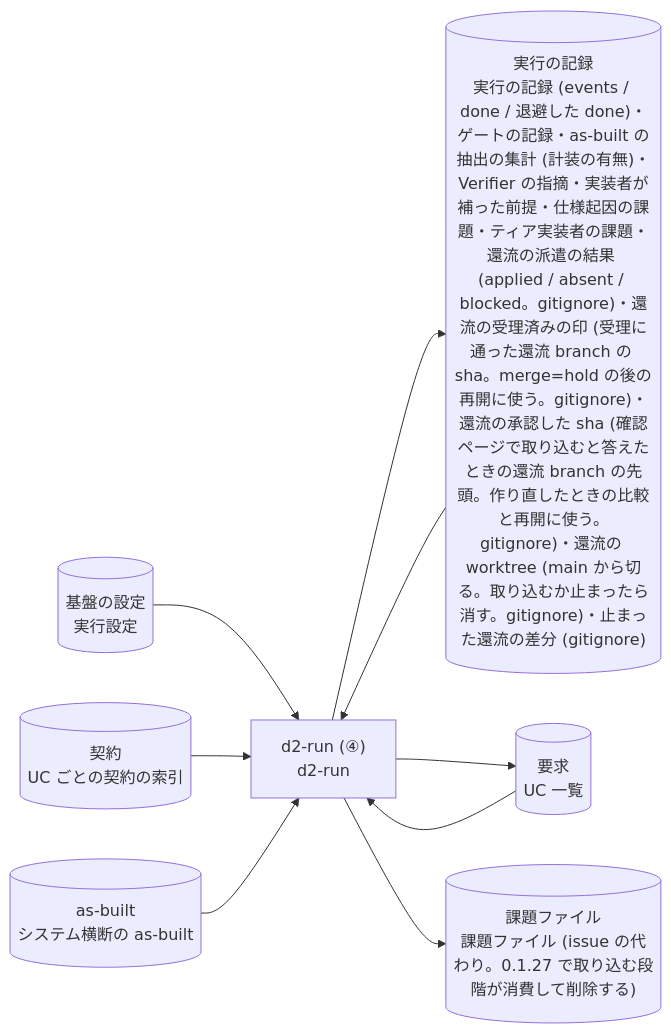
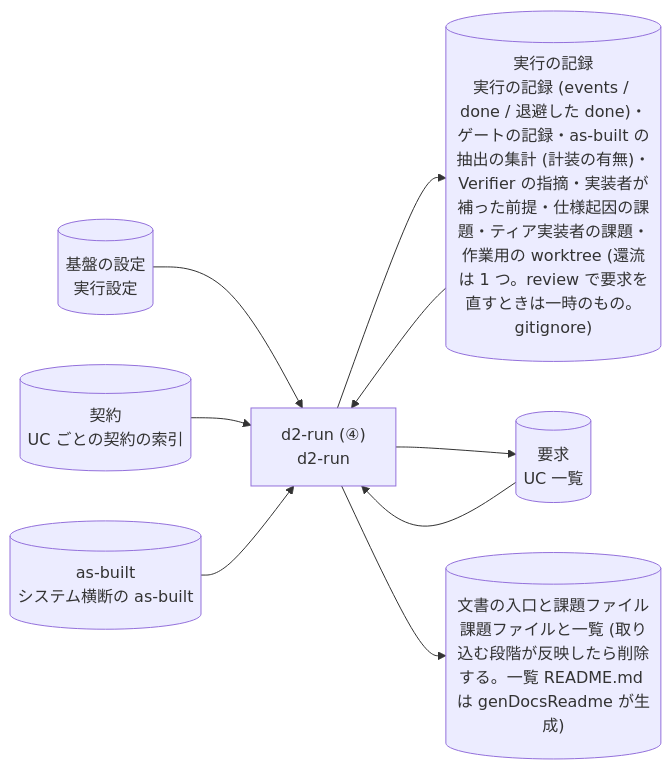
Diagram 34 of 45 in plugins/distillery2/skills/d2-common/references/dataflow.md (suwa-sh/suwa-sh-claude-plugins), drawn with Mermaid before and after one commit. The commit also changed other lines of this file and 22 other files, not shown here.

````diff
--- a/plugins/distillery2/skills/d2-common/references/dataflow.md
+++ b/plugins/distillery2/skills/d2-common/references/dataflow.md
@@ -733,18 +861,18 @@
 ```mermaid
 flowchart LR
   p_run_uc["d2-run (④)<br/>d2-run"]
   g_settings[("基盤の設定<br/>実行設定")]
   g_requirements[("要求<br/>UC 一覧")]
-  g_run[("実行の記録<br/>実行の記録 (events / done / 退避した done)・ゲートの記録・as-built の抽出の集計 (計装の有無)・Verifier の指摘・実装者が補った前提・仕様起因の課題・ティア実装者の課題・還流の派遣の結果 (applied / absent / blocked。gitignore)・還流の受理済みの印 (受理に通った還流 branch の sha。merge=hold の後の再開に使う。gitignore)・還流の承認した sha (確認ページで取り込むと答えたときの還流 branch の先頭。作り直したときの比較と再開に使う。gitignore)・還流の worktree (main から切る。取り込むか止まったら消す。gitignore)・止まった還流の差分 (gitignore)")]
+  g_run[("実行の記録<br/>実行の記録 (events / done / 退避した done)・ゲートの記録・as-built の抽出の集計 (計装の有無)・Verifier の指摘・実装者が補った前提・仕様起因の課題・ティア実装者の課題・作業用の worktree (還流は 1 つ。review で要求を直すときは一時のもの。gitignore)")]
   g_contracts[("契約<br/>UC ごとの契約の索引")]
   g_asbuilt[("as-built<br/>システム横断の as-built")]
-  g_feedback_docs[("課題ファイル<br/>課題ファイル (issue の代わり。0.1.27 で取り込む段階が消費して削除する)")]
+  g_docs[("文書の入口と課題ファイル<br/>課題ファイルと一覧 (取り込む段階が反映したら削除する。一覧 README.md は genDocsReadme が生成)")]
   g_settings --> p_run_uc
   g_requirements --> p_run_uc
   g_run --> p_run_uc
   g_contracts --> p_run_uc
   g_asbuilt --> p_run_uc
   p_run_uc --> g_run
   p_run_uc --> g_requirements
-  p_run_uc --> g_feedback_docs
+  p_run_uc --> g_docs
 ```
````
